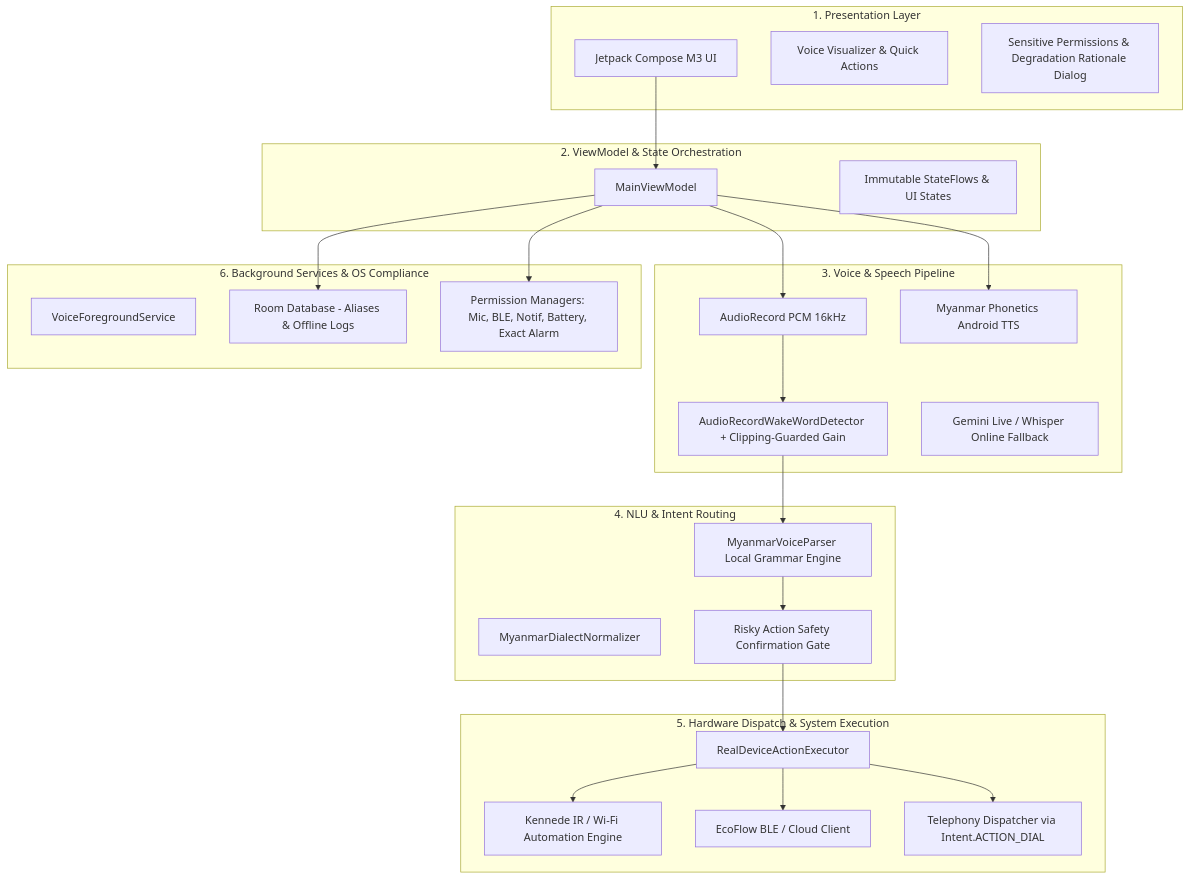
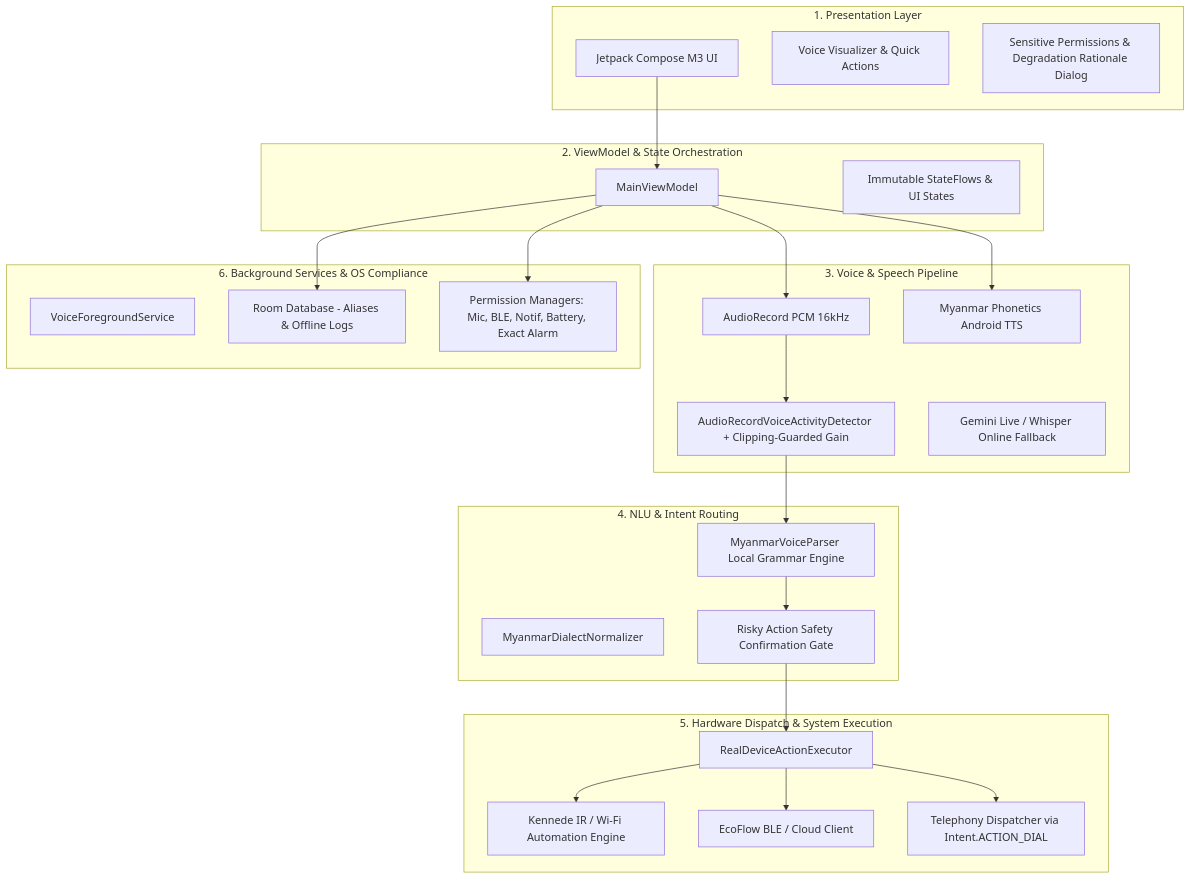
The diagram in docs/architecture.md (aik774327-netizen/kyawgyi-assistant), drawn with Mermaid before and after one commit. The commit also changed other lines of this file and 10 other files, not shown here.

````diff
--- a/docs/architecture.md
+++ b/docs/architecture.md
@@ -5,52 +5,52 @@
 ```mermaid
 flowchart TD
   subgraph L1[1. Presentation Layer]
     UI[Jetpack Compose M3 UI]
     AudioVisualizer[Voice Visualizer & Quick Actions]
     PermissionsDialog[Sensitive Permissions & Degradation Rationale Dialog]
   end
 
   subgraph L2[2. ViewModel & State Orchestration]
     VM[MainViewModel]
     StateFlow[Immutable StateFlows & UI States]
   end
 
   subgraph L3[3. Voice & Speech Pipeline]
     AudioRecord[AudioRecord PCM 16kHz]
-    WakeWord[AudioRecordWakeWordDetector + Clipping-Guarded Gain]
+    WakeWord[AudioRecordVoiceActivityDetector + Clipping-Guarded Gain]
     LocalTTS[Myanmar Phonetics Android TTS]
     CloudSTT[Gemini Live / Whisper Online Fallback]
   end
 
   subgraph L4[4. NLU & Intent Routing]
     Parser[MyanmarVoiceParser Local Grammar Engine]
     Normalizer[MyanmarDialectNormalizer]
     ConfirmationGate[Risky Action Safety Confirmation Gate]
   end
 
   subgraph L5[5. Hardware Dispatch & System Execution]
     Executor[RealDeviceActionExecutor]
     KennedeFan[Kennede IR / Wi-Fi Automation Engine]
     EcoFlow[EcoFlow BLE / Cloud Client]
     Dialer[Telephony Dispatcher via Intent.ACTION_DIAL]
   end
 
   subgraph L6[6. Background Services & OS Compliance]
     ForegroundService[VoiceForegroundService]
     Persistence[Room Database - Aliases & Offline Logs]
     PermissionManagers[Permission Managers: Mic, BLE, Notif, Battery, Exact Alarm]
   end
 
   UI --> VM
   VM --> AudioRecord
   AudioRecord --> WakeWord
   WakeWord --> Parser
   Parser --> ConfirmationGate
   ConfirmationGate --> Executor
   Executor --> KennedeFan
   Executor --> EcoFlow
   Executor --> Dialer
   VM --> LocalTTS
   VM --> Persistence
   VM --> PermissionManagers
 ```
````
